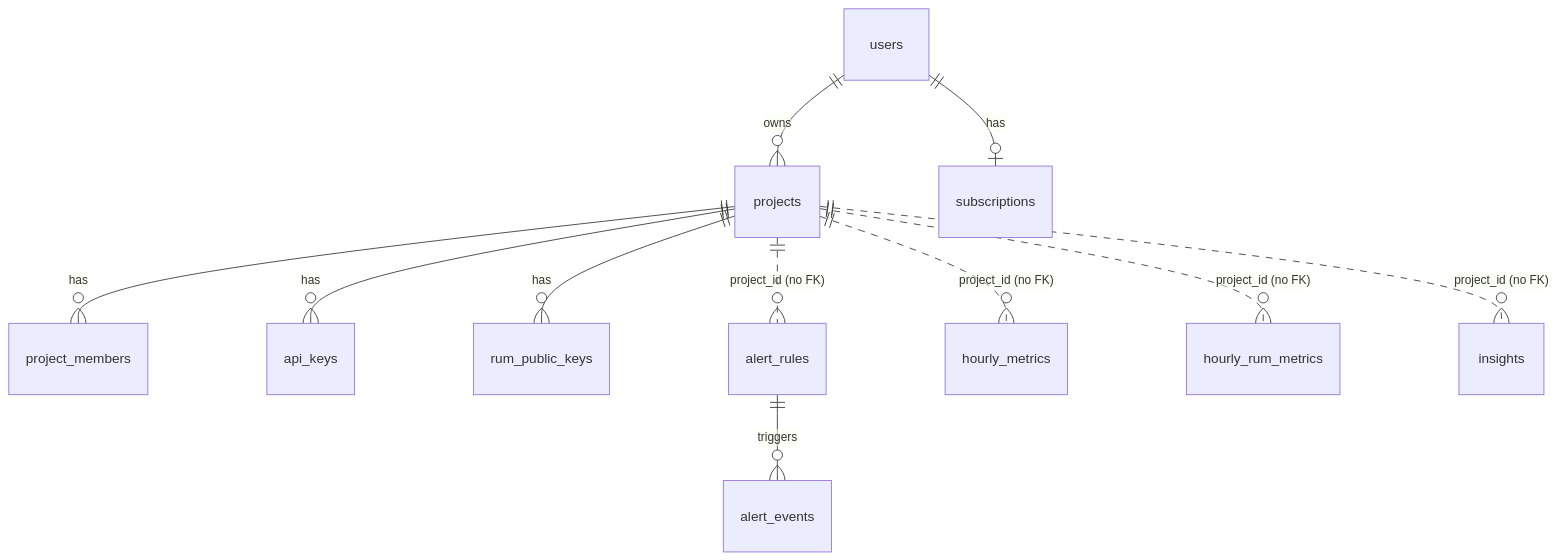
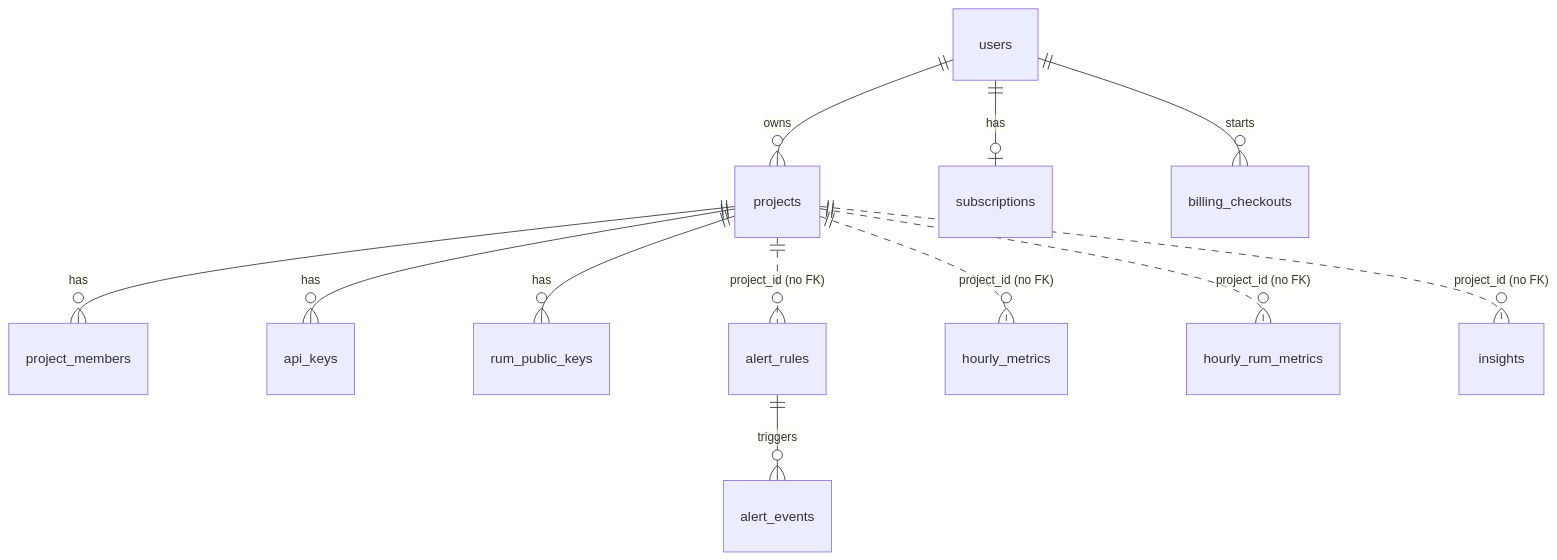
Before and after one commit to Sarthak-Shreshtha01/ApexMonitor: the diagram in docs/architecture/data-model.md, drawn with Mermaid. The commit also changed other lines of this file and 13 other files, not shown here.

````diff
--- a/docs/architecture/data-model.md
+++ b/docs/architecture/data-model.md
@@ -7,13 +7,14 @@
 ```mermaid
 erDiagram
     users ||--o{ projects : owns
     users ||--o| subscriptions : has
+    users ||--o{ billing_checkouts : starts
     projects ||--o{ project_members : has
     projects ||--o{ api_keys : has
     projects ||--o{ rum_public_keys : has
     alert_rules ||--o{ alert_events : triggers
     projects ||..o{ hourly_metrics : "project_id (no FK)"
     projects ||..o{ hourly_rum_metrics : "project_id (no FK)"
     projects ||..o{ insights : "project_id (no FK)"
     projects ||..o{ alert_rules : "project_id (no FK)"
 ```
````
